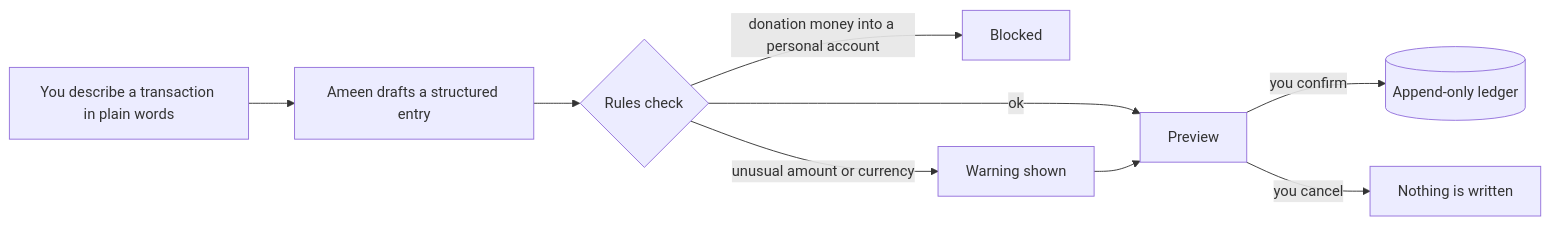
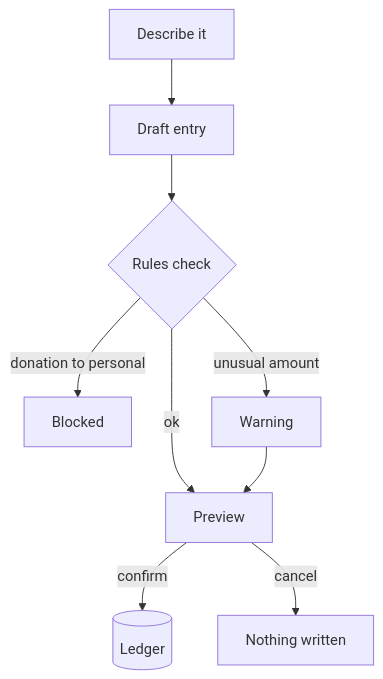
The diagram in README.md (Mohanad1st/ameen-showcase), drawn with Mermaid before and after one commit. The commit also changed other lines of this file and 2 other files, not shown here.

````diff
--- a/README.md
+++ b/README.md
@@ -22,11 +26,13 @@
 ```mermaid
-flowchart LR
-  A[You describe a transaction in plain words] --> B[Ameen drafts a structured entry]
+flowchart TD
+  accTitle: How an entry is recorded in Ameen
+  accDescr: You describe a transaction, Ameen drafts an entry, rules block donation money going to a personal account and warn on unusual amounts, you see a preview, and only your confirmation writes it.
+  A[Describe it] --> B[Draft entry]
   B --> C{Rules check}
-  C -- donation money into a personal account --> X[Blocked]
-  C -- unusual amount or currency --> W[Warning shown]
+  C -- donation to personal --> X[Blocked]
+  C -- unusual amount --> W[Warning]
   C -- ok --> D[Preview]
   W --> D
-  D -- you confirm --> E[(Append-only ledger)]
-  D -- you cancel --> F[Nothing is written]
+  D -- confirm --> E[(Ledger)]
+  D -- cancel --> F[Nothing written]
 ```
````
